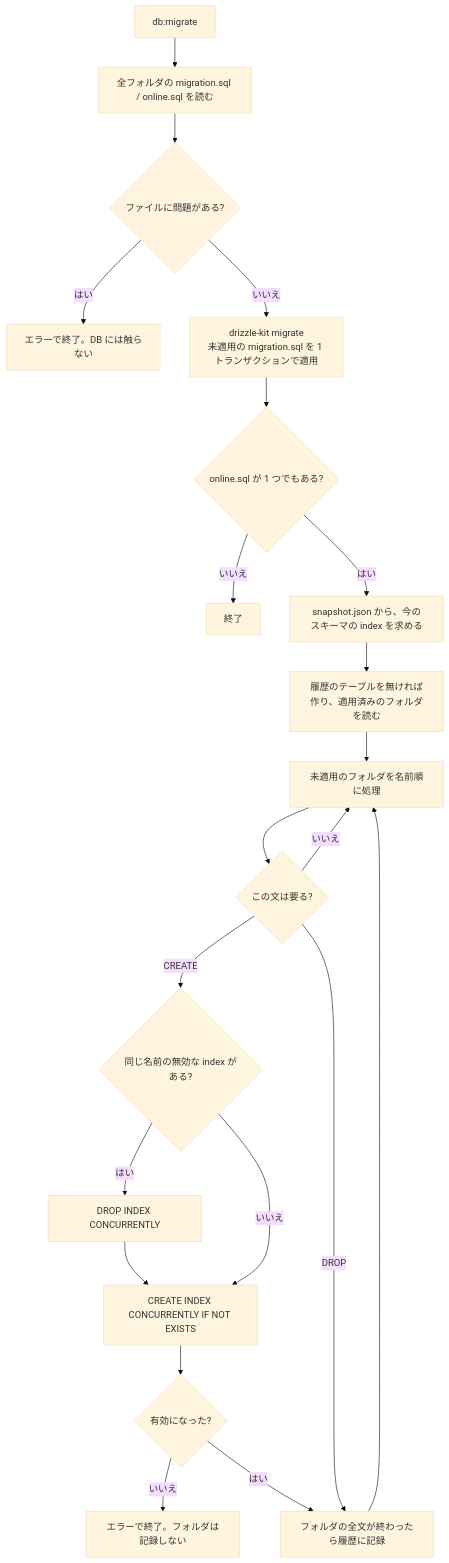
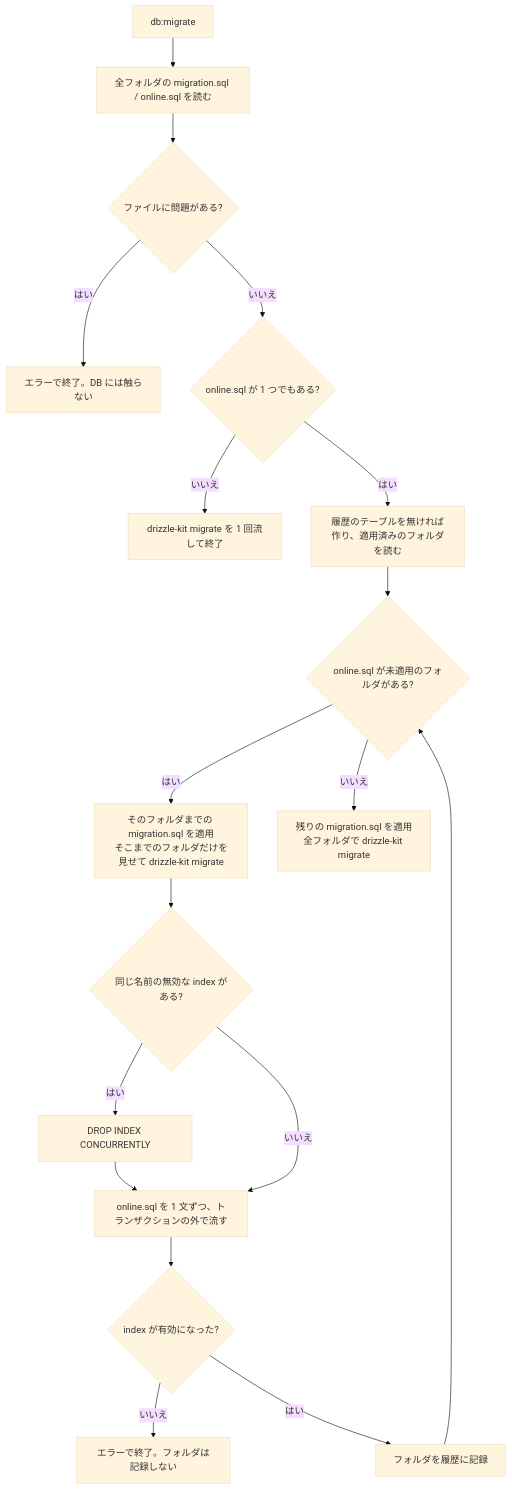
Before and after one commit to kentakki416/project-template: the diagram in docs/kentakki416/tasks/nonblocking-migration/tasks/step1-db-online-index.md, drawn with Mermaid (base theme). The commit also changed other lines of this file and 1 other file, not shown here.

Commit message:
docs(nonblocking-migration): online.sql をフォルダの順に migration.sql と交互に流す作りに、設計書と step1 を書き直す（セルフレビューで、順序の入れ替わりによる誤りが 3 件見つかったため）

````diff
--- a/docs/kentakki416/tasks/nonblocking-migration/tasks/step1-db-online-index.md
+++ b/docs/kentakki416/tasks/nonblocking-migration/tasks/step1-db-online-index.md
@@ -42,23 +42,20 @@
 ```mermaid
 flowchart TD
     A[db:migrate] --> B[全フォルダの migration.sql / online.sql を読む]
     B --> C{ファイルに問題がある?}
     C -->|はい| X[エラーで終了。DB には触らない]
-    C -->|いいえ| D[drizzle-kit migrate<br/>未適用の migration.sql を 1 トランザクションで適用]
-    D --> E{online.sql が 1 つでもある?}
-    E -->|いいえ| Z[終了]
-    E -->|はい| F[snapshot.json から、今のスキーマの index を求める]
-    F --> G[履歴のテーブルを無ければ作り、適用済みのフォルダを読む]
-    G --> H[未適用のフォルダを名前順に処理]
-    H --> I{この文は要る?}
-    I -->|いいえ| H
-    I -->|CREATE| J{同じ名前の無効な index がある?}
-    J -->|はい| K[DROP INDEX CONCURRENTLY]
-    K --> L
-    J -->|いいえ| L[CREATE INDEX CONCURRENTLY IF NOT EXISTS]
-    L --> M{有効になった?}
-    M -->|いいえ| Y[エラーで終了。フォルダは記録しない]
-    M -->|はい| N
-    I -->|DROP| N[フォルダの全文が終わったら履歴に記録]
-    N --> H
+    C -->|いいえ| D{online.sql が 1 つでもある?}
+    D -->|いいえ| E[drizzle-kit migrate を 1 回流して終了]
+    D -->|はい| F[履歴のテーブルを無ければ作り、適用済みのフォルダを読む]
+    F --> G{online.sql が未適用のフォルダがある?}
+    G -->|はい| H[そのフォルダまでの migration.sql を適用<br/>そこまでのフォルダだけを見せて drizzle-kit migrate]
+    H --> I{同じ名前の無効な index がある?}
+    I -->|はい| J[DROP INDEX CONCURRENTLY]
+    J --> K
+    I -->|いいえ| K[online.sql を 1 文ずつ、トランザクションの外で流す]
+    K --> L{index が有効になった?}
+    L -->|いいえ| Y[エラーで終了。フォルダは記録しない]
+    L -->|はい| M[フォルダを履歴に記録]
+    M --> G
+    G -->|いいえ| N[残りの migration.sql を適用<br/>全フォルダで drizzle-kit migrate]
 ```
````
